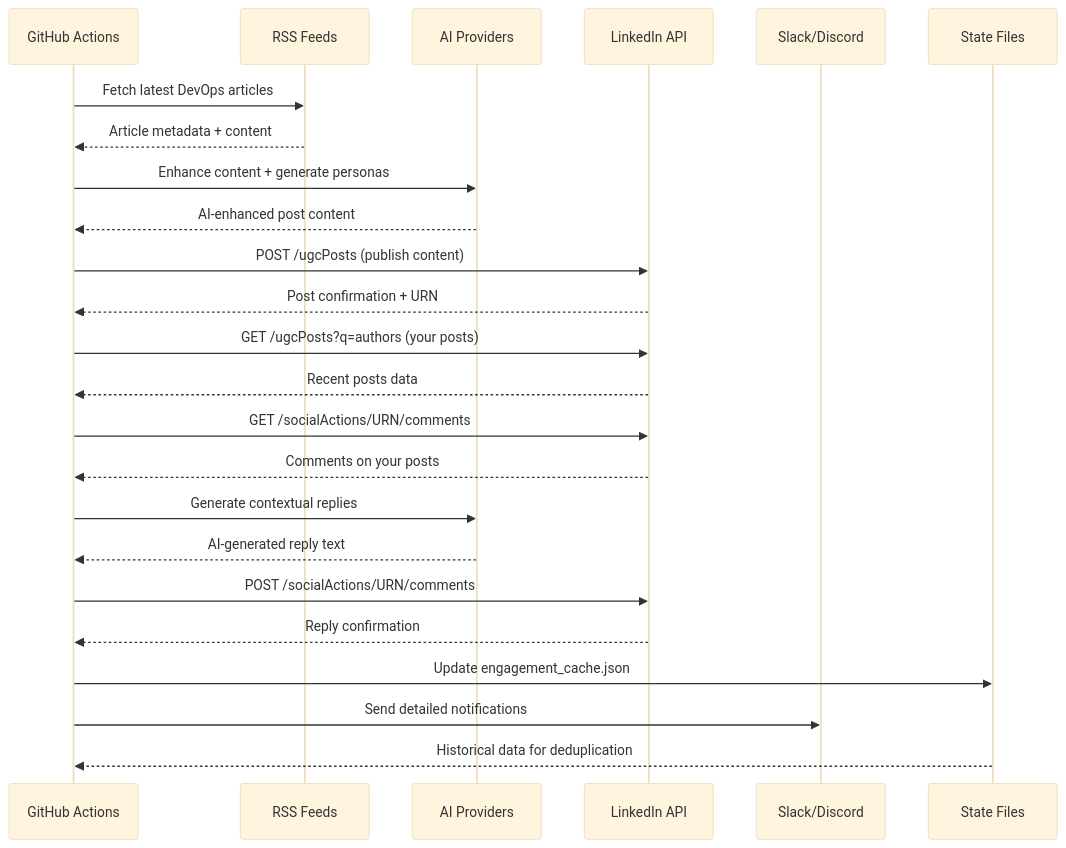
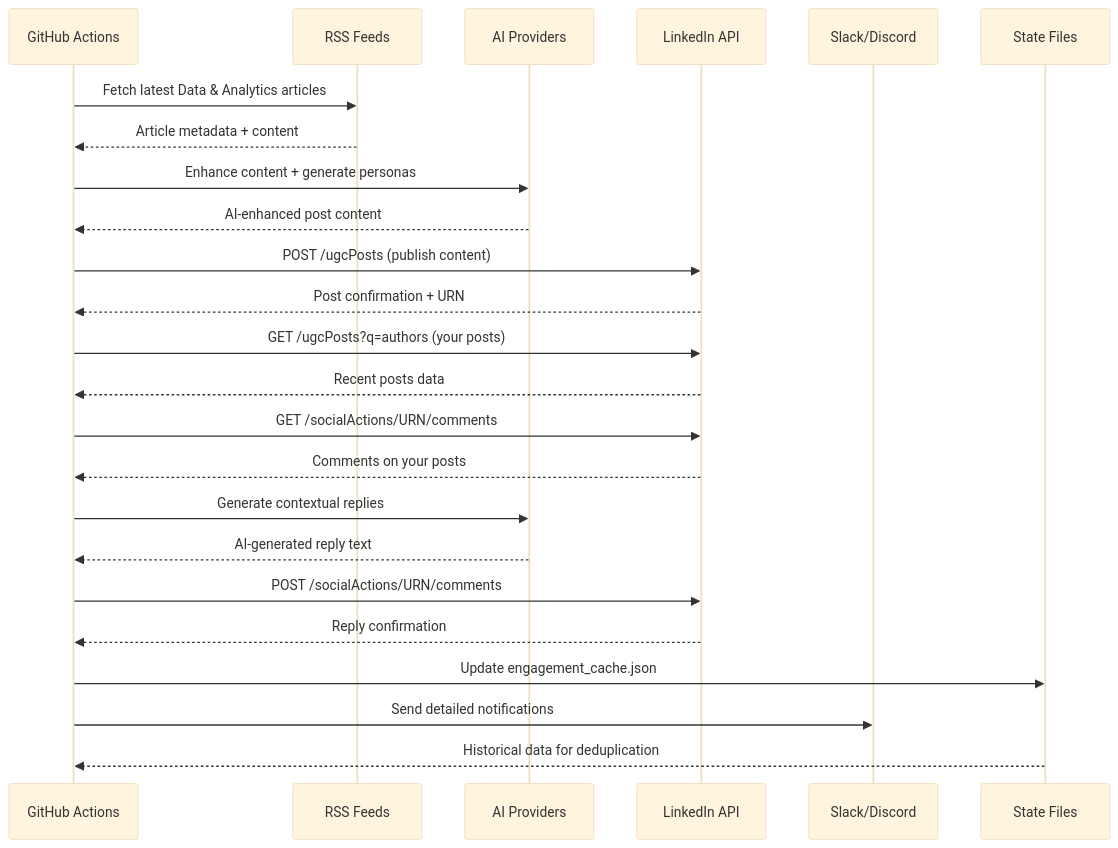
Before and after one commit to Shweta-biradar/linkedin-devops-automation: the second of 2 diagrams in README.md, drawn with Mermaid (base theme). The commit also changed other lines of this file and 18 other files, not shown here.

Commit message:
chore: sweep repo — replace DevOps references with Data & Analytics; disable CTAs; remove samples (planned)

````diff
--- a/README.md
+++ b/README.md
@@ -160,29 +160,29 @@
 ```mermaid
 sequenceDiagram
     participant GHA as GitHub Actions
     participant RSS as RSS Feeds
     participant AI as AI Providers
     participant LI as LinkedIn API
     participant SLACK as Slack/Discord
     participant CACHE as State Files
 
-    GHA->>RSS: Fetch latest DevOps articles
+    GHA->>RSS: Fetch latest Data & Analytics articles
     RSS-->>GHA: Article metadata + content
     GHA->>AI: Enhance content + generate personas
     AI-->>GHA: AI-enhanced post content
     GHA->>LI: POST /ugcPosts (publish content)
     LI-->>GHA: Post confirmation + URN
     
     GHA->>LI: GET /ugcPosts?q=authors (your posts)
     LI-->>GHA: Recent posts data
     GHA->>LI: GET /socialActions/URN/comments
     LI-->>GHA: Comments on your posts
     GHA->>AI: Generate contextual replies
     AI-->>GHA: AI-generated reply text
     GHA->>LI: POST /socialActions/URN/comments
     LI-->>GHA: Reply confirmation
     
     GHA->>CACHE: Update engagement_cache.json
     GHA->>SLACK: Send detailed notifications
     CACHE-->>GHA: Historical data for deduplication
 ```
````
